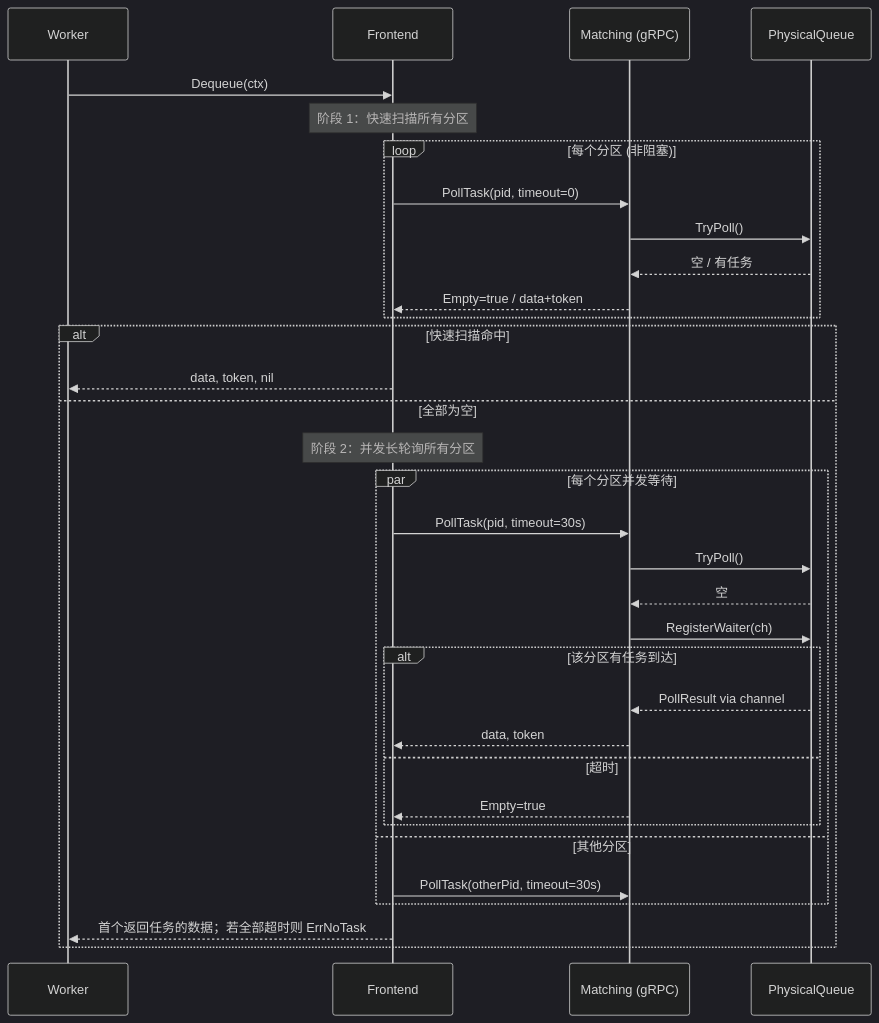
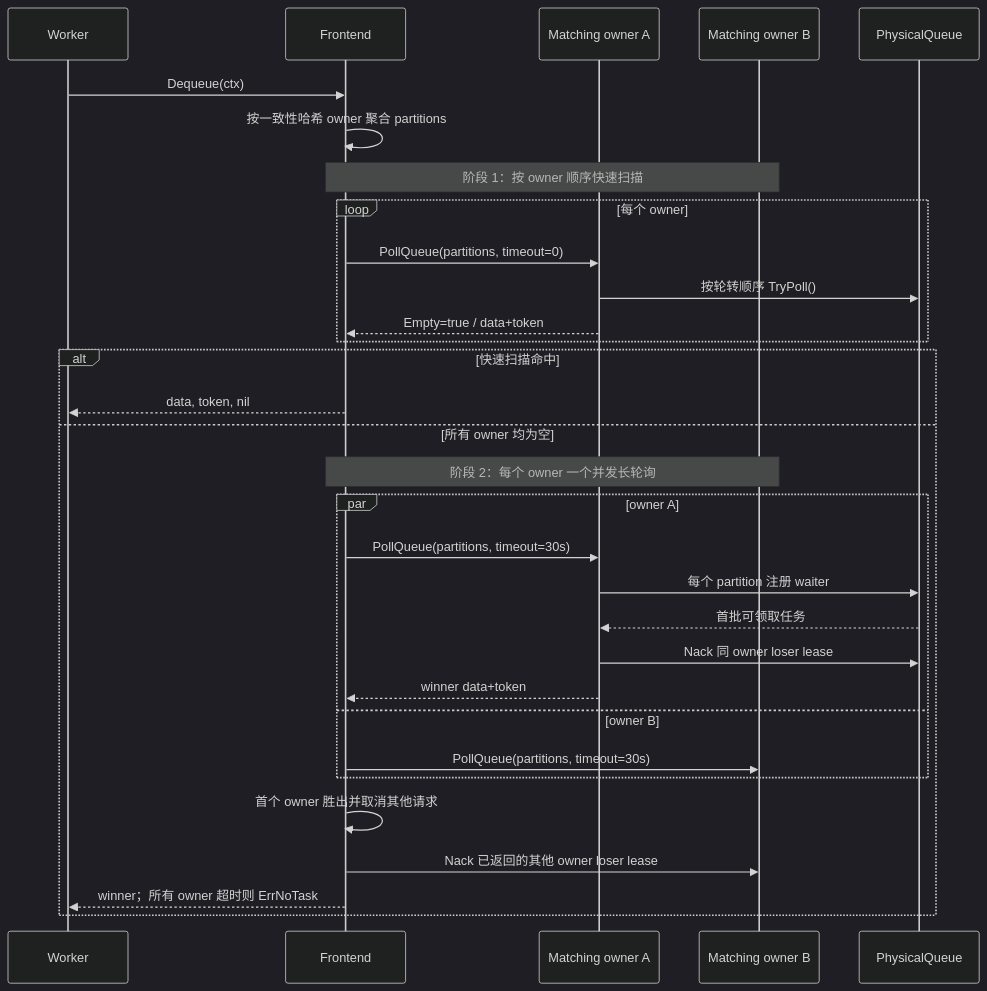
The sixth of 9 diagrams in README.md (donutnomad/taskq), drawn with Mermaid (dark theme) before and after one commit. The commit also changed other lines of this file and 59 other files, not shown here.

````diff
--- a/README.md
+++ b/README.md
@@ -235,38 +256,36 @@
 ```mermaid
 sequenceDiagram
     participant W as Worker
     participant F as Frontend
-    participant M as Matching (gRPC)
+    participant M1 as Matching owner A
+    participant M2 as Matching owner B
     participant PQ as PhysicalQueue
 
     W->>F: Dequeue(ctx)
+	F->>F: 按一致性哈希 owner 聚合 partitions
 
-    Note over F: 阶段 1：快速扫描所有分区
-    loop 每个分区 (非阻塞)
-        F->>M: PollTask(pid, timeout=0)
-        M->>PQ: TryPoll()
-        PQ-->>M: 空 / 有任务
-        M-->>F: Empty=true / data+token
+    Note over F,M2: 阶段 1：按 owner 顺序快速扫描
+    loop 每个 owner
+        F->>M1: PollQueue(partitions, timeout=0)
+        M1->>PQ: 按轮转顺序 TryPoll()
+        M1-->>F: Empty=true / data+token
     end
 
     alt 快速扫描命中
         F-->>W: data, token, nil
-    else 全部为空
-        Note over F: 阶段 2：并发长轮询所有分区
-        par 每个分区并发等待
-            F->>M: PollTask(pid, timeout=30s)
-            M->>PQ: TryPoll()
-            PQ-->>M: 空
-            M->>PQ: RegisterWaiter(ch)
-            alt 该分区有任务到达
-                PQ-->>M: PollResult via channel
-                M-->>F: data, token
-            else 超时
-                M-->>F: Empty=true
-            end
-        and 其他分区
-            F->>M: PollTask(otherPid, timeout=30s)
+    else 所有 owner 均为空
+        Note over F,M2: 阶段 2：每个 owner 一个并发长轮询
+        par owner A
+            F->>M1: PollQueue(partitions, timeout=30s)
+            M1->>PQ: 每个 partition 注册 waiter
+            PQ-->>M1: 首批可领取任务
+            M1->>PQ: Nack 同 owner loser lease
+            M1-->>F: winner data+token
+        and owner B
+            F->>M2: PollQueue(partitions, timeout=30s)
         end
-        F-->>W: 首个返回任务的数据；若全部超时则 ErrNoTask
+        F->>F: 首个 owner 胜出并取消其他请求
+		F->>M2: Nack 已返回的其他 owner loser lease
+		F-->>W: winner；所有 owner 超时则 ErrNoTask
     end
 ```
````
